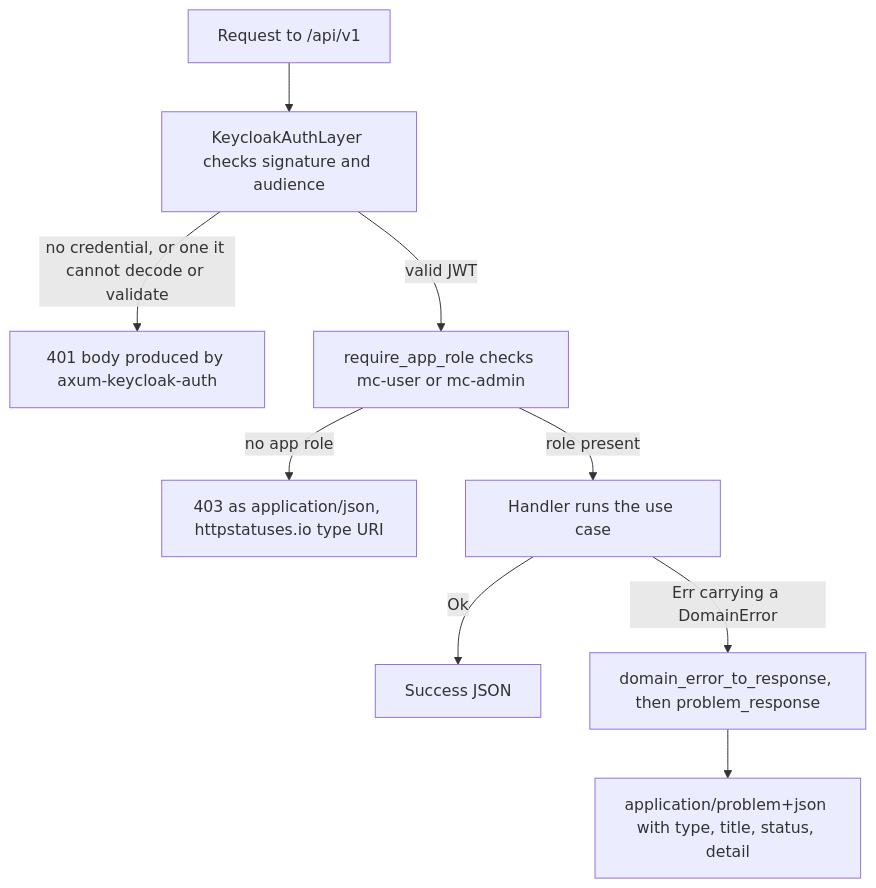
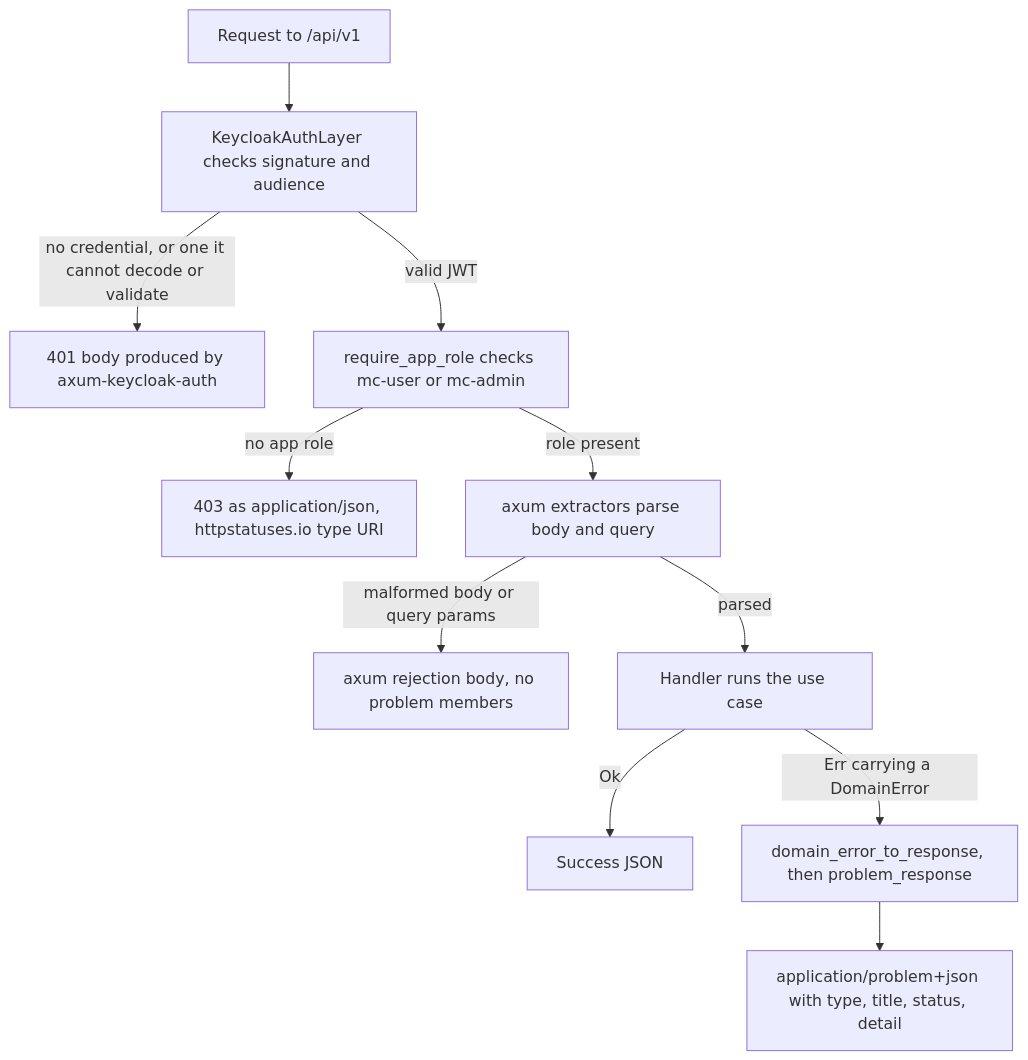
One commit to jumbleknot/MovieCollectionManager changed the first of 2 diagrams in openwiki/gotchas/rfc-9457-problem-details.md. Above: the diagram before and after it, drawn with Mermaid. The commit also changed other lines of this file and 19 other files, not shown here.

````diff
--- a/openwiki/gotchas/rfc-9457-problem-details.md
+++ b/openwiki/gotchas/rfc-9457-problem-details.md
@@ -99,11 +24,13 @@
 ```mermaid
 flowchart TD
     Req["Request to /api/v1"] --> Auth["KeycloakAuthLayer checks signature and audience"]
     Auth -->|"no credential, or one it cannot decode or validate"| Lib401["401 body produced by axum-keycloak-auth"]
     Auth -->|"valid JWT"| Role["require_app_role checks mc-user or mc-admin"]
     Role -->|"no app role"| Role403["403 as application/json, httpstatuses.io type URI"]
-    Role -->|"role present"| Handler["Handler runs the use case"]
+    Role -->|"role present"| Extract["axum extractors parse body and query"]
+    Extract -->|"malformed body or query params"| Reject["axum rejection body, no problem members"]
+    Extract -->|"parsed"| Handler["Handler runs the use case"]
     Handler -->|"Ok"| Success["Success JSON"]
     Handler -->|"Err carrying a DomainError"| Problem["domain_error_to_response, then problem_response"]
     Problem --> Body["application/problem+json with type, title, status, detail"]
 ```
````
